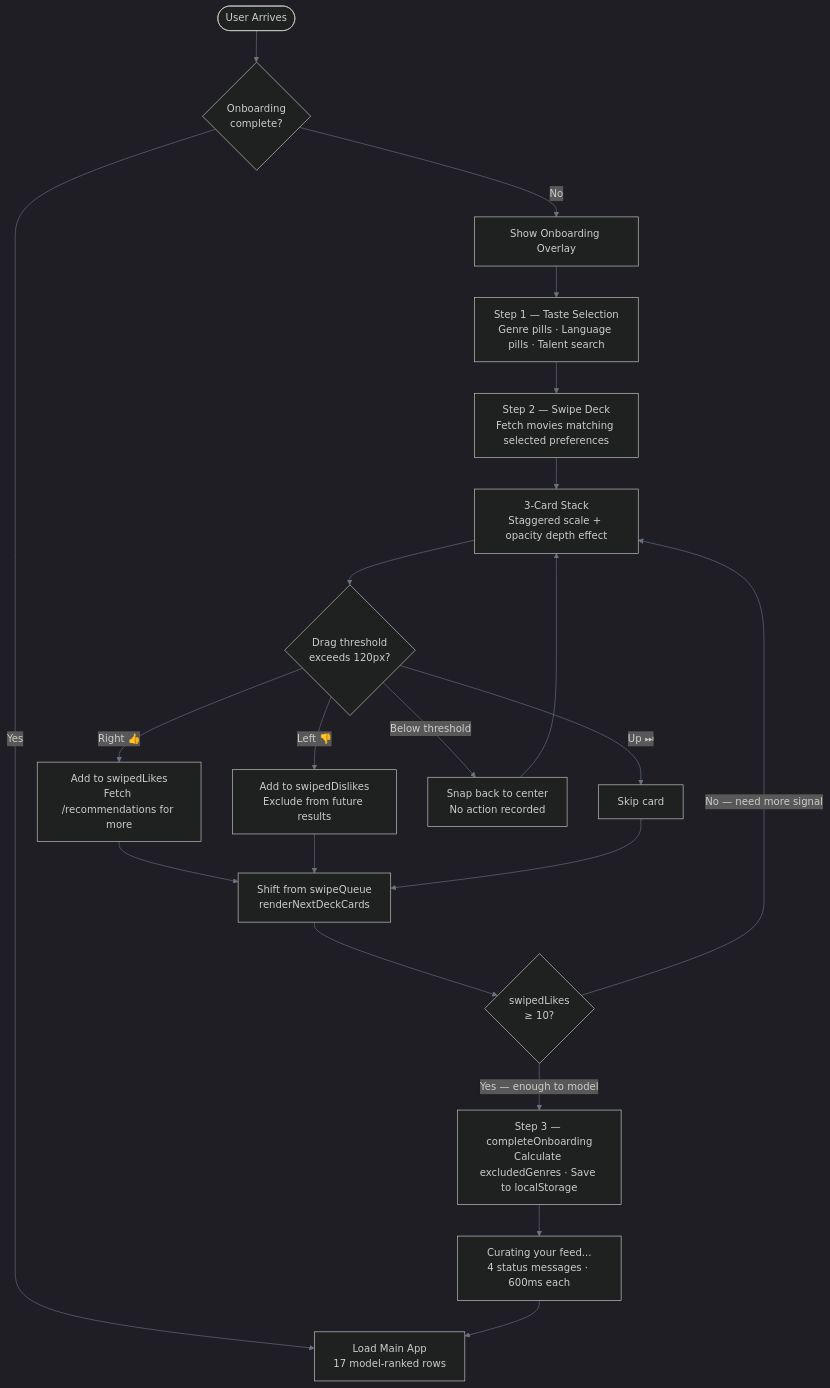
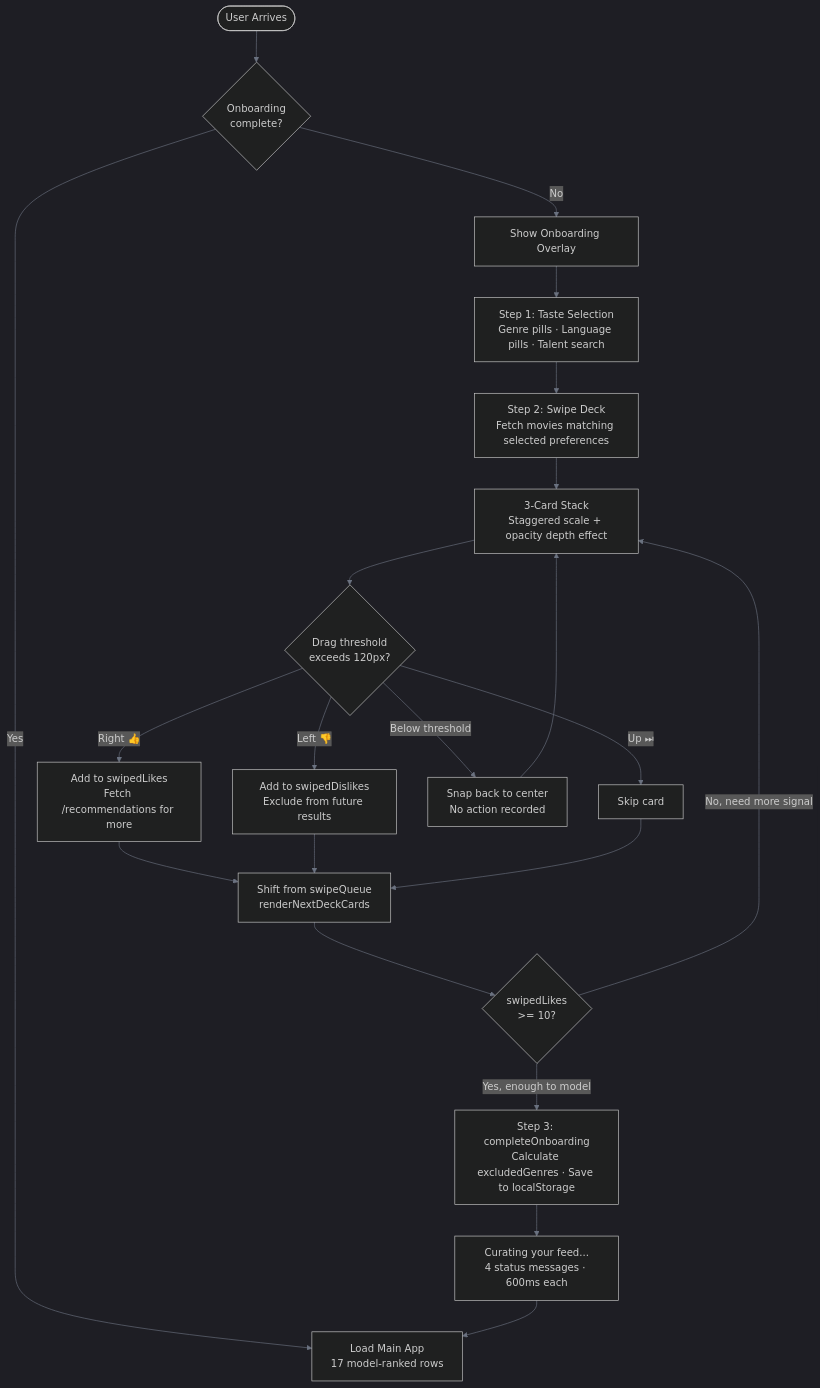
One commit to 4-thkind/Movie-Recommendation-Model changed the third of 4 diagrams in README.md. Above: the diagram before and after it, drawn with Mermaid. The commit also changed other lines of this file, not shown here.

````diff
--- a/README.md
+++ b/README.md
@@ -291,36 +292,36 @@
 ```mermaid
 %%{init: {'theme': 'dark', 'themeVariables': {'primaryColor': '#1f2937', 'primaryTextColor': '#e5e7eb', 'lineColor': '#6b7280', 'background': '#0d1117'}}}%%
 flowchart TD
     A(["User Arrives"])
     B{"Onboarding\ncomplete?"}
     C["Load Main App\n17 model-ranked rows"]
     D["Show Onboarding Overlay"]
 
     A --> B
 
     B -->|"Yes"| C
     B -->|"No"| D
 
-    D --> E["Step 1 — Taste Selection\nGenre pills · Language pills · Talent search"]
-    E --> F["Step 2 — Swipe Deck\nFetch movies matching selected preferences"]
+    D --> E["Step 1: Taste Selection\nGenre pills · Language pills · Talent search"]
+    E --> F["Step 2: Swipe Deck\nFetch movies matching selected preferences"]
 
     F --> G["3-Card Stack\nStaggered scale + opacity depth effect"]
     G --> H{"Drag threshold\nexceeds 120px?"}
 
     H -->|"Right 👍"| I["Add to swipedLikes\nFetch /recommendations for more"]
     H -->|"Left 👎"| J["Add to swipedDislikes\nExclude from future results"]
     H -->|"Up ⏭"| K["Skip card"]
     H -->|"Below threshold"| L["Snap back to center\nNo action recorded"]
 
     I --> M["Shift from swipeQueue\nrenderNextDeckCards"]
     J --> M
     K --> M
     L --> G
 
-    M --> N{"swipedLikes\n≥ 10?"}
-    N -->|"No — need more signal"| G
-    N -->|"Yes — enough to model"| O["Step 3 — completeOnboarding\nCalculate excludedGenres · Save to localStorage"]
+    M --> N{"swipedLikes\n>= 10?"}
+    N -->|"No, need more signal"| G
+    N -->|"Yes, enough to model"| O["Step 3: completeOnboarding\nCalculate excludedGenres · Save to localStorage"]
 
     O --> P["Curating your feed...\n4 status messages · 600ms each"]
     P --> C
 ```
````
